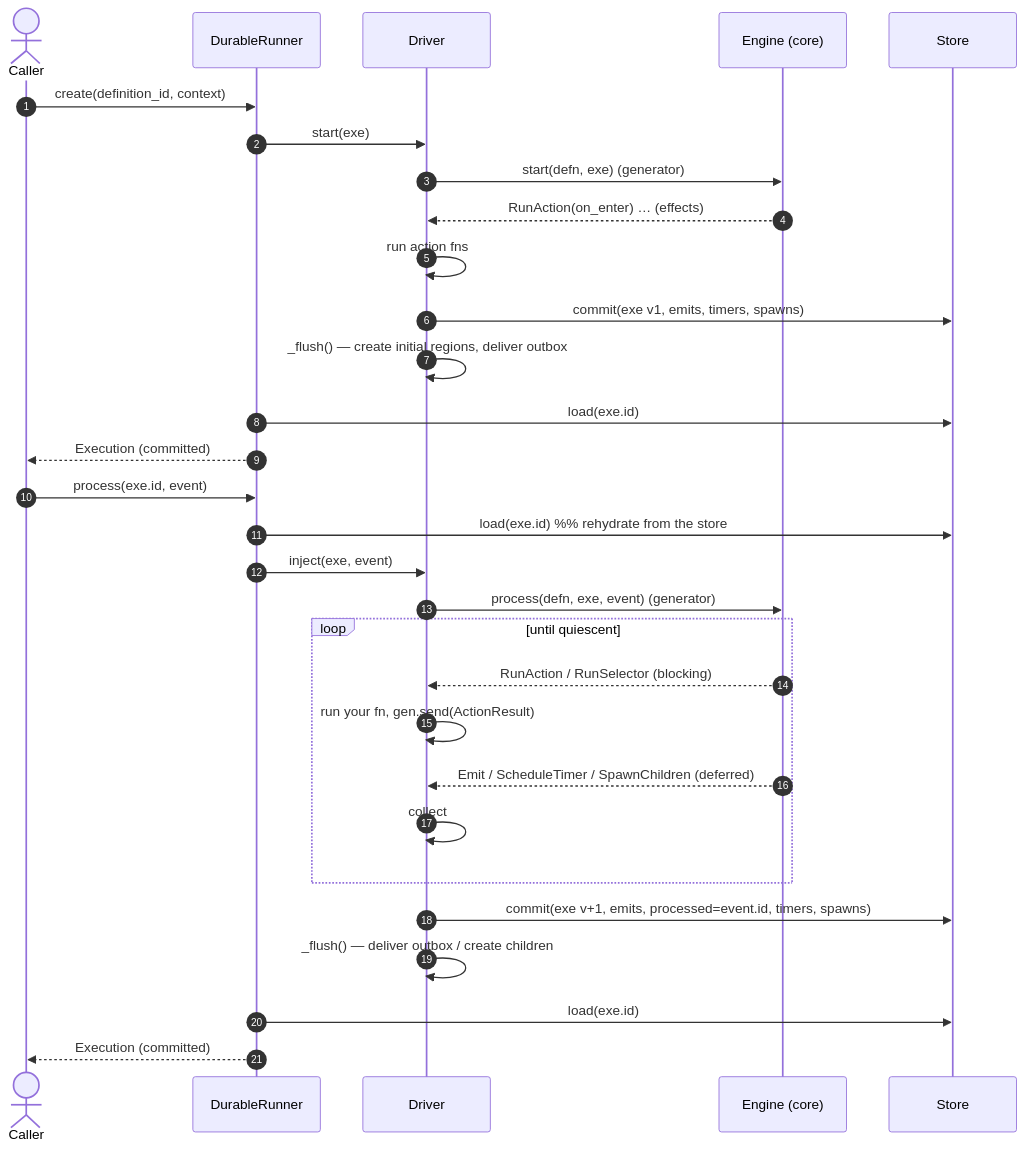
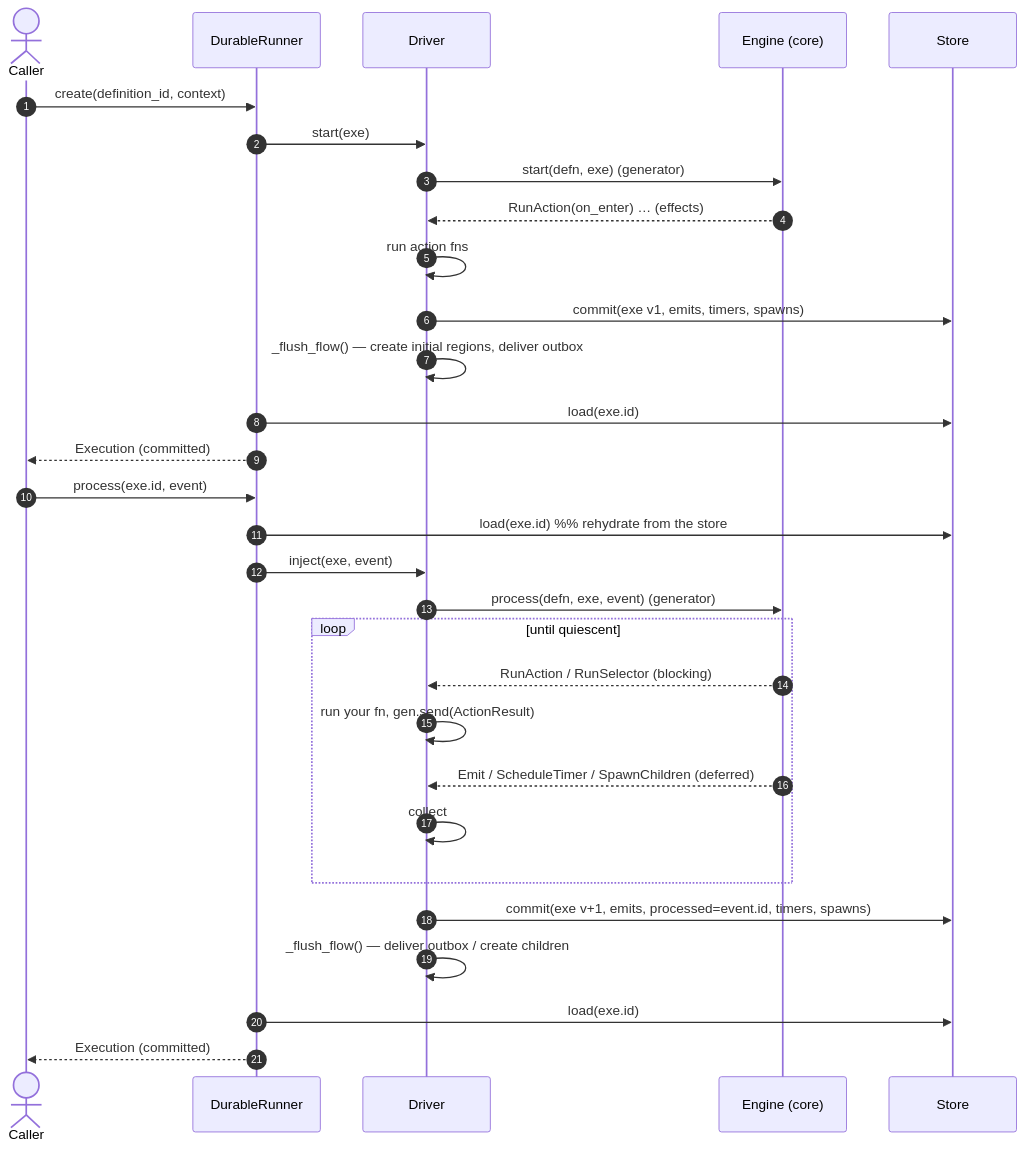
The third of 6 diagrams in docs/guide/architecture.md (acasadom/harel), drawn with Mermaid before and after one commit. The commit also changed other lines of this file and 7 other files, not shown here.

First line of the commit message:
docs: the execution models with sequence diagrams; the guides describe the driver as flows

````diff
--- a/docs/guide/architecture.md
+++ b/docs/guide/architecture.md
@@ -194,34 +201,34 @@
 ```{mermaid}
 sequenceDiagram
   autonumber
   actor C as Caller
   participant DR as DurableRunner
   participant D as Driver
   participant E as Engine (core)
   participant S as Store
 
   C->>DR: create(definition_id, context)
   DR->>D: start(exe)
   D->>E: start(defn, exe)  (generator)
   E-->>D: RunAction(on_enter) … (effects)
   D->>D: run action fns
   D->>S: commit(exe v1, emits, timers, spawns)
-  D->>D: _flush() — create initial regions, deliver outbox
+  D->>D: _flush_flow() — create initial regions, deliver outbox
   DR->>S: load(exe.id)
   DR-->>C: Execution (committed)
 
   C->>DR: process(exe.id, event)
   DR->>S: load(exe.id)            %% rehydrate from the store
   DR->>D: inject(exe, event)
   D->>E: process(defn, exe, event)  (generator)
   loop until quiescent
     E-->>D: RunAction / RunSelector (blocking)
     D->>D: run your fn, gen.send(ActionResult)
     E-->>D: Emit / ScheduleTimer / SpawnChildren (deferred)
     D->>D: collect
   end
   D->>S: commit(exe v+1, emits, processed=event.id, timers, spawns)
-  D->>D: _flush() — deliver outbox / create children
+  D->>D: _flush_flow() — deliver outbox / create children
   DR->>S: load(exe.id)
   DR-->>C: Execution (committed)
 ```
````
